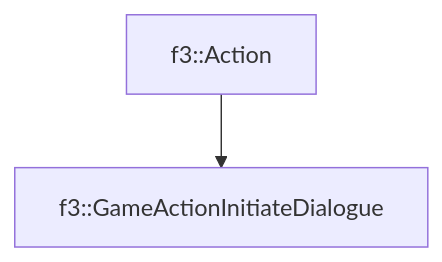
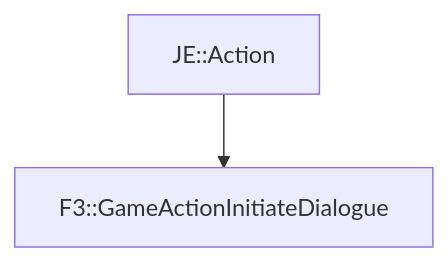
One commit to OpenJE/openvb changed the diagram in docs/f3/GameActionInitiateDialogue.md. Above: the diagram before and after it, drawn with Mermaid. The commit also changed other lines of this file and 1399 other files, not shown here.

````diff
--- a/docs/f3/GameActionInitiateDialogue.md
+++ b/docs/f3/GameActionInitiateDialogue.md
@@ -16,4 +16,4 @@
 ```mermaid
 graph TD;
-    f3::Action --> f3::GameActionInitiateDialogue
+    JE::Action --> F3::GameActionInitiateDialogue
 ```
````
